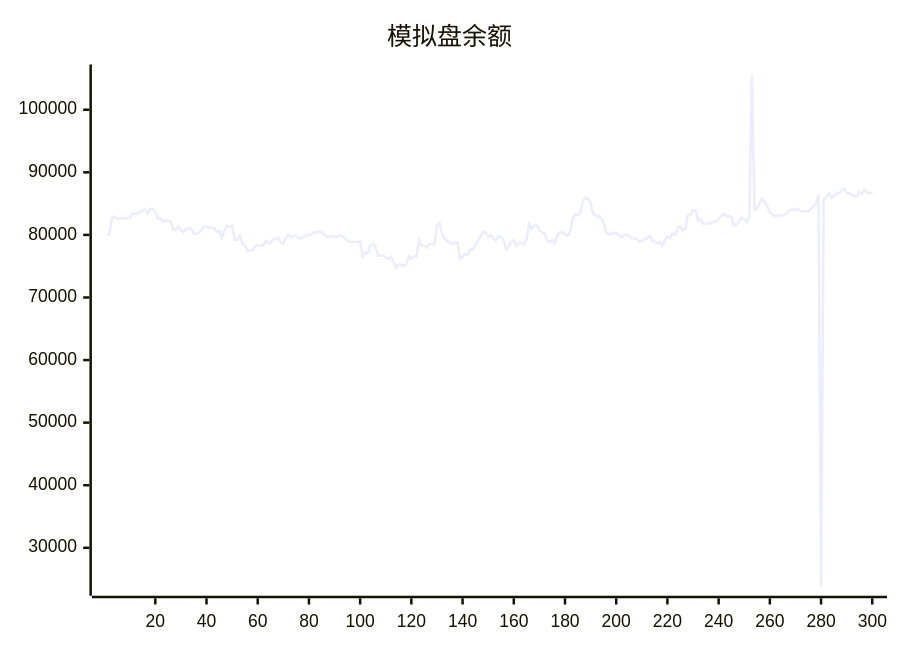
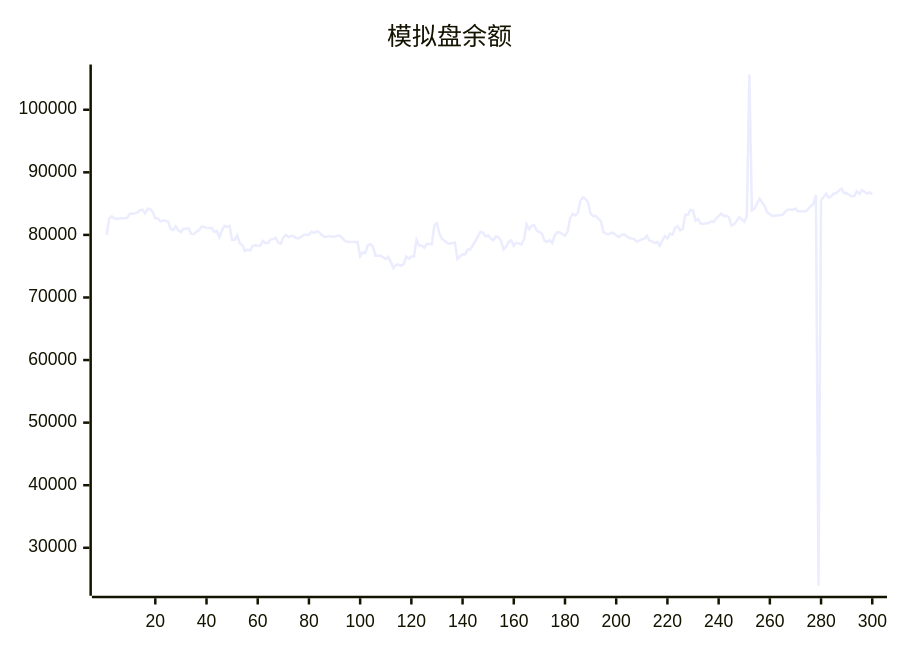
Before and after one commit to aahl/ai-trading: the diagram in README.md, drawn with Mermaid. The commit also changed other lines of this file and 1 other file, not shown here.

````diff
--- a/README.md
+++ b/README.md
@@ -5,5 +5,5 @@
 ```mermaid
 xychart
     title "模拟盘余额"
-    line [80046,79993,82625,82950,82626,82571,82633,82670,82670,82681,83386,83378,83464,83579,83920,84037,83402,84160,84142,83652,82655,82655,82145,82315,82243,82163,80934,80770,81371,80742,80468,80989,80989,81067,80191,80155,80450,80737,81309,81309,81106,81119,81119,80471,80631,79624,80670,81448,81290,81429,79212,79222,79940,78643,78380,77432,77623,77504,78235,78358,78284,78277,79048,78714,78714,79290,79308,79567,78763,78563,79603,79988,79652,79813,79813,79476,79469,79673,79995,80015,80015,80486,80314,80600,80436,79966,79689,79689,79819,79692,79692,79850,79850,79518,79071,78889,78850,78850,78878,78878,76554,77202,77103,78357,78510,78106,76678,76677,76672,76411,76159,76485,75656,74695,75197,75246,75052,75334,76564,76179,76553,76551,79196,78300,78300,77944,78531,78531,78521,81564,81884,80160,79335,79055,78675,78580,78708,78764,76179,76586,76902,76876,77658,77669,78346,79023,79769,80497,80366,79761,79896,79448,79126,79749,79658,79097,77695,78114,78888,79126,78249,78738,78653,78478,79271,81680,80923,81488,81527,80681,80455,80190,79084,78879,79193,78686,79954,80403,80374,80118,79848,80491,82665,83351,83098,83525,85430,85983,85737,85221,83378,83014,83043,82613,82216,80477,80208,80081,80348,80277,79894,79670,79965,80093,79786,79542,79406,79371,78893,79087,79304,79406,79841,79072,78978,78696,78846,78272,79085,79787,79442,80198,80031,81120,81379,80718,80985,83214,83212,83993,83921,82270,82547,81776,81776,81866,81866,82158,82061,82596,83000,83408,83041,83050,82858,81503,81691,82188,82812,82517,82092,82901,105633,83898,84180,85030,85781,85178,84604,83569,83298,83008,83093,83107,83175,83228,83729,84025,84017,84019,84177,83775,83762,83785,83738,84160,84639,84939,86370,23934,85548,86046,86599,85942,86161,86622,86664,87115,87369,86666,86685,86384,86152,86243,86969,86548,87164,86885,86566,86809]
+    line [79993,82625,82950,82626,82571,82633,82670,82670,82681,83386,83378,83464,83579,83920,84037,83402,84160,84142,83652,82655,82655,82145,82315,82243,82163,80934,80770,81371,80742,80468,80989,80989,81067,80191,80155,80450,80737,81309,81309,81106,81119,81119,80471,80631,79624,80670,81448,81290,81429,79212,79222,79940,78643,78380,77432,77623,77504,78235,78358,78284,78277,79048,78714,78714,79290,79308,79567,78763,78563,79603,79988,79652,79813,79813,79476,79469,79673,79995,80015,80015,80486,80314,80600,80436,79966,79689,79689,79819,79692,79692,79850,79850,79518,79071,78889,78850,78850,78878,78878,76554,77202,77103,78357,78510,78106,76678,76677,76672,76411,76159,76485,75656,74695,75197,75246,75052,75334,76564,76179,76553,76551,79196,78300,78300,77944,78531,78531,78521,81564,81884,80160,79335,79055,78675,78580,78708,78764,76179,76586,76902,76876,77658,77669,78346,79023,79769,80497,80366,79761,79896,79448,79126,79749,79658,79097,77695,78114,78888,79126,78249,78738,78653,78478,79271,81680,80923,81488,81527,80681,80455,80190,79084,78879,79193,78686,79954,80403,80374,80118,79848,80491,82665,83351,83098,83525,85430,85983,85737,85221,83378,83014,83043,82613,82216,80477,80208,80081,80348,80277,79894,79670,79965,80093,79786,79542,79406,79371,78893,79087,79304,79406,79841,79072,78978,78696,78846,78272,79085,79787,79442,80198,80031,81120,81379,80718,80985,83214,83212,83993,83921,82270,82547,81776,81776,81866,81866,82158,82061,82596,83000,83408,83041,83050,82858,81503,81691,82188,82812,82517,82092,82901,105633,83898,84180,85030,85781,85178,84604,83569,83298,83008,83093,83107,83175,83228,83729,84025,84017,84019,84177,83775,83762,83785,83738,84160,84639,84939,86370,23934,85548,86046,86599,85942,86161,86622,86664,87115,87369,86666,86685,86384,86152,86243,86969,86548,87164,86885,86566,86809,86427]
 ```
````
